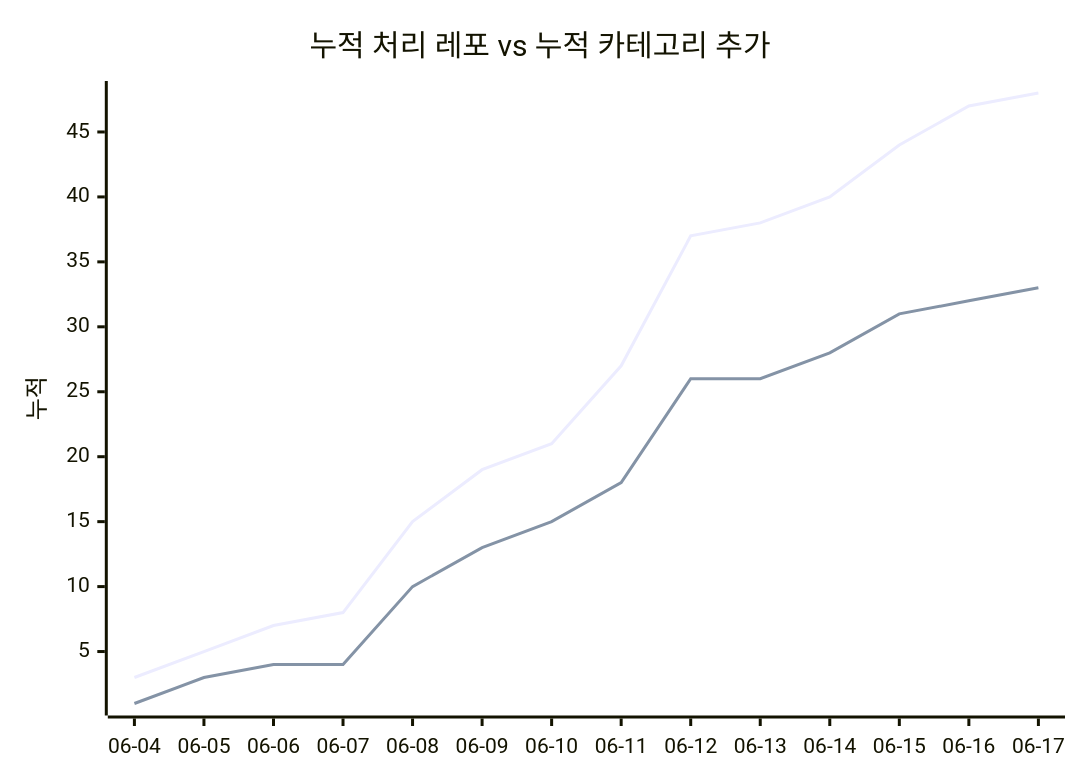
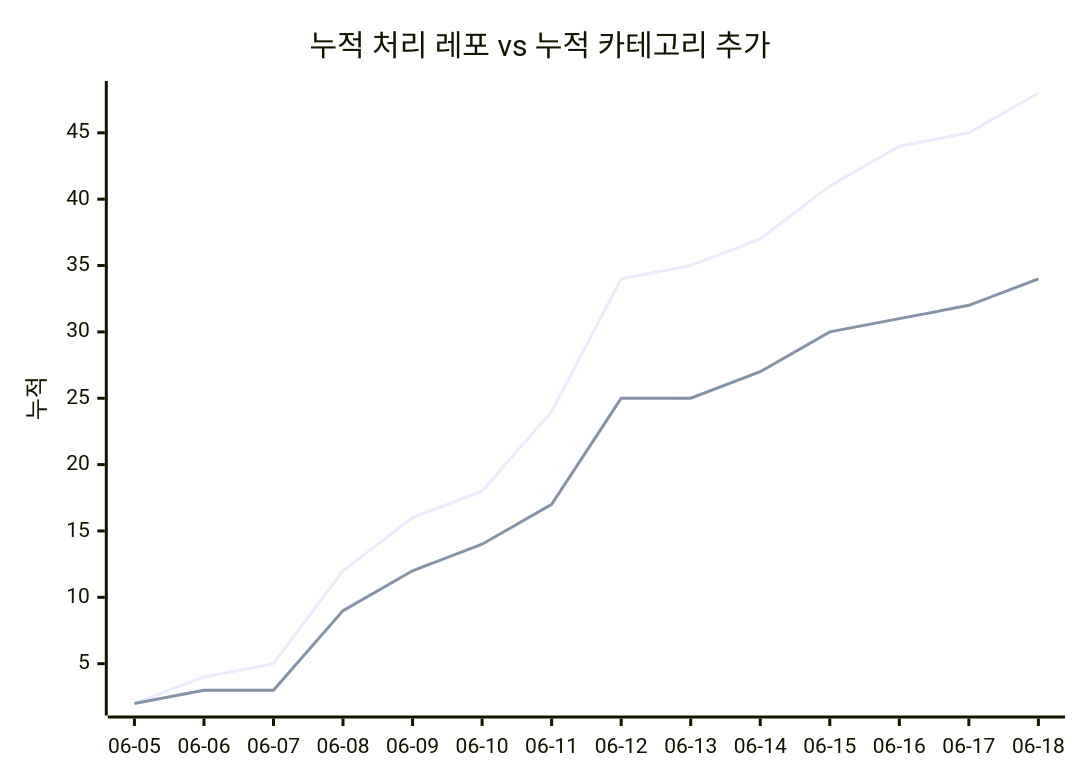
One commit to J-nowcow/awesome-korean-agent-skills changed the second of 2 diagrams in docs/trends.md. Above: the diagram before and after it, drawn with Mermaid. The commit also changed other lines of this file and 5 other files, not shown here.

````diff
--- a/docs/trends.md
+++ b/docs/trends.md
@@ -68,8 +68,8 @@
 ```mermaid
 xychart-beta
     title "누적 처리 레포 vs 누적 카테고리 추가"
-    x-axis ["06-04","06-05","06-06","06-07","06-08","06-09","06-10","06-11","06-12","06-13","06-14","06-15","06-16","06-17"]
+    x-axis ["06-05","06-06","06-07","06-08","06-09","06-10","06-11","06-12","06-13","06-14","06-15","06-16","06-17","06-18"]
     y-axis "누적"
-    line [3,5,7,8,15,19,21,27,37,38,40,44,47,48]
-    line [1,3,4,4,10,13,15,18,26,26,28,31,32,33]
+    line [2,4,5,12,16,18,24,34,35,37,41,44,45,48]
+    line [2,3,3,9,12,14,17,25,25,27,30,31,32,34]
 ```
````
